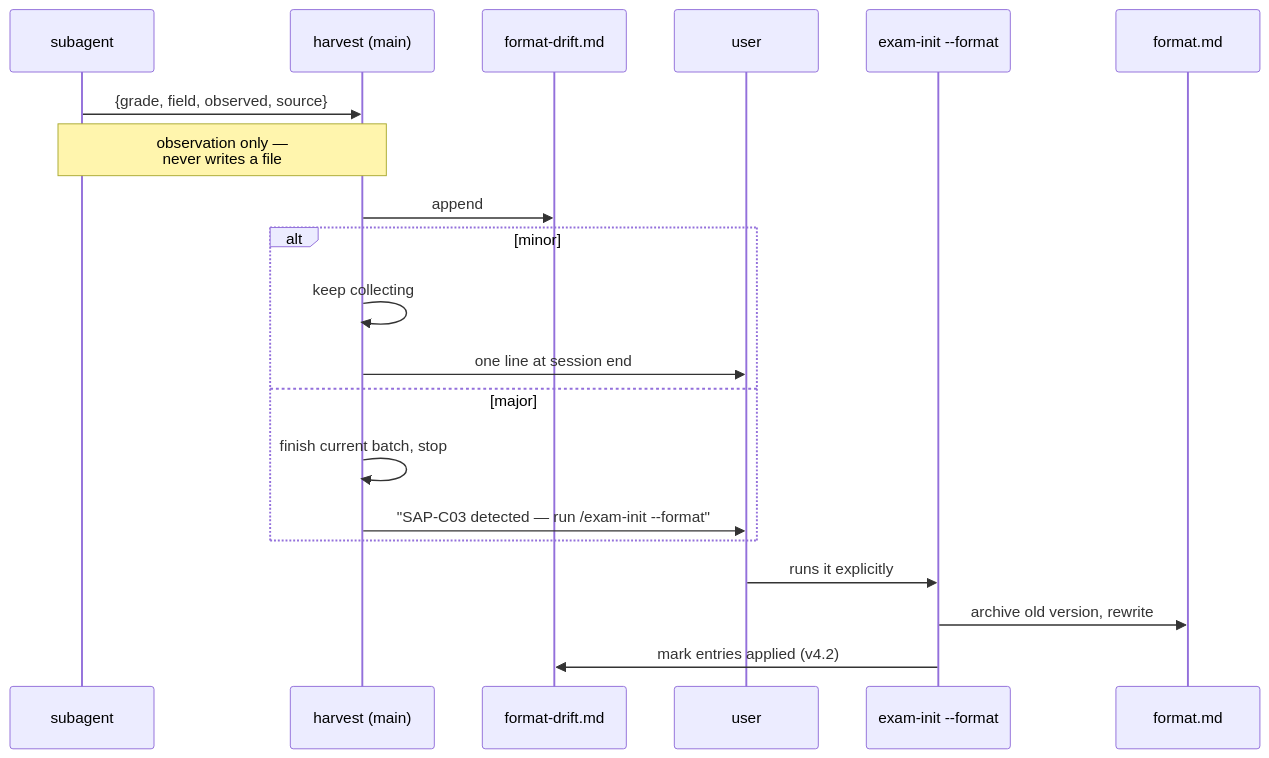
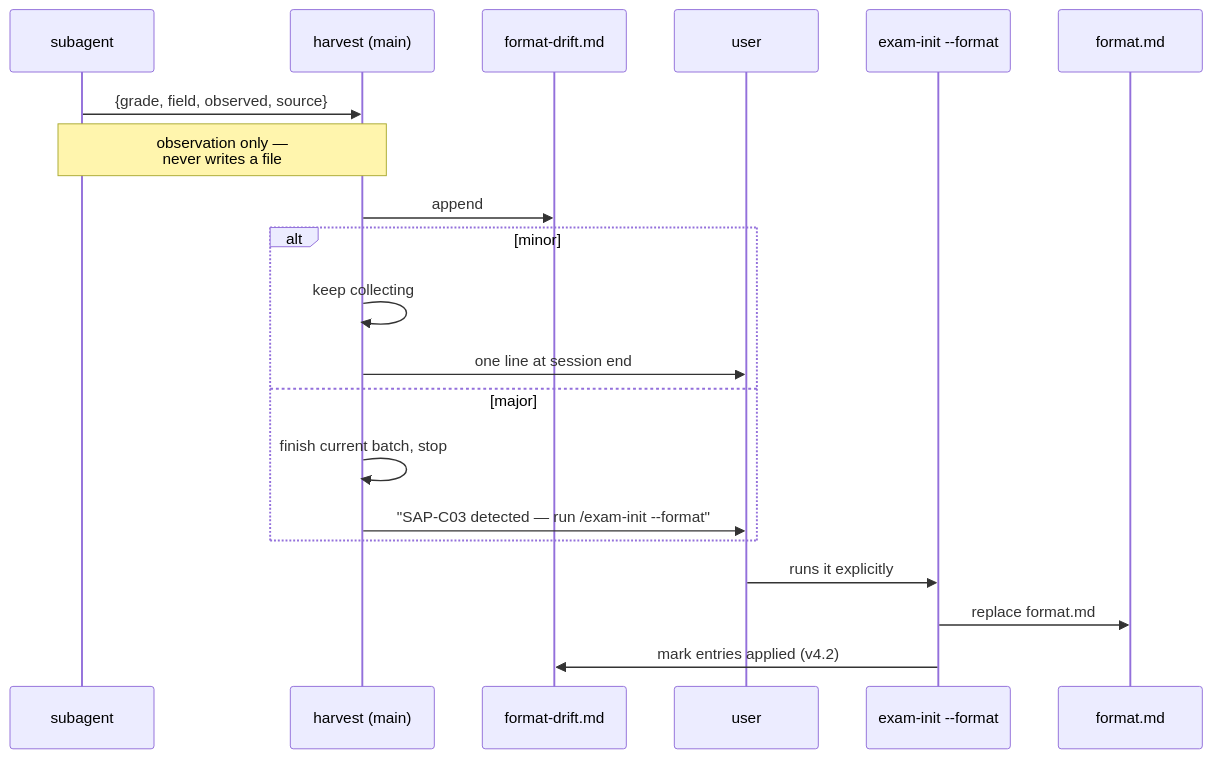
One commit to IjjS/exam-support changed the fourth of 4 diagrams in docs/DESIGN.md. Above: the diagram before and after it, drawn with Mermaid. The commit also changed other lines of this file and 8 other files, not shown here.

````diff
--- a/docs/DESIGN.md
+++ b/docs/DESIGN.md
@@ -412,23 +419,23 @@
 ```mermaid
 sequenceDiagram
     participant S as subagent
     participant H as harvest (main)
     participant D as format-drift.md
     participant U as user
     participant I as exam-init --format
     participant F as format.md
 
     S->>H: {grade, field, observed, source}
     Note over S,H: observation only —<br/>never writes a file
     H->>D: append
     alt minor
         H->>H: keep collecting
         H->>U: one line at session end
     else major
         H->>H: finish current batch, stop
         H->>U: "SAP-C03 detected — run /exam-init --format"
     end
     U->>I: runs it explicitly
-    I->>F: archive old version, rewrite
+    I->>F: replace format.md
     I->>D: mark entries applied (v4.2)
 ```
````
